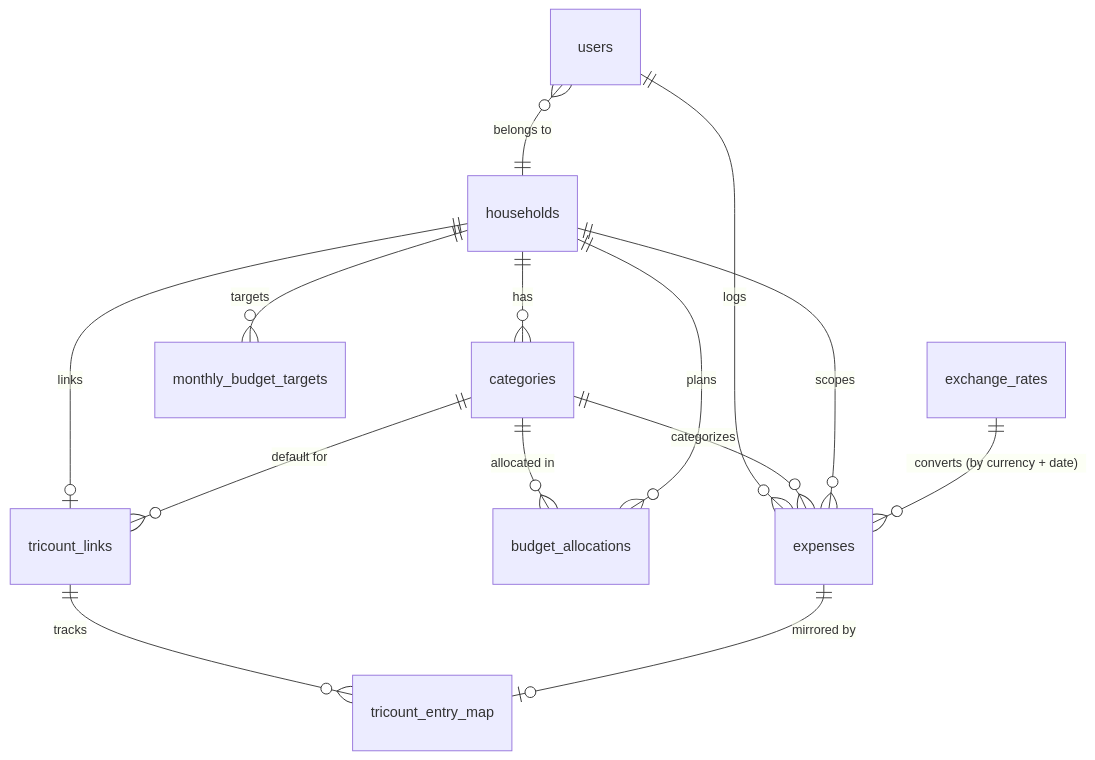
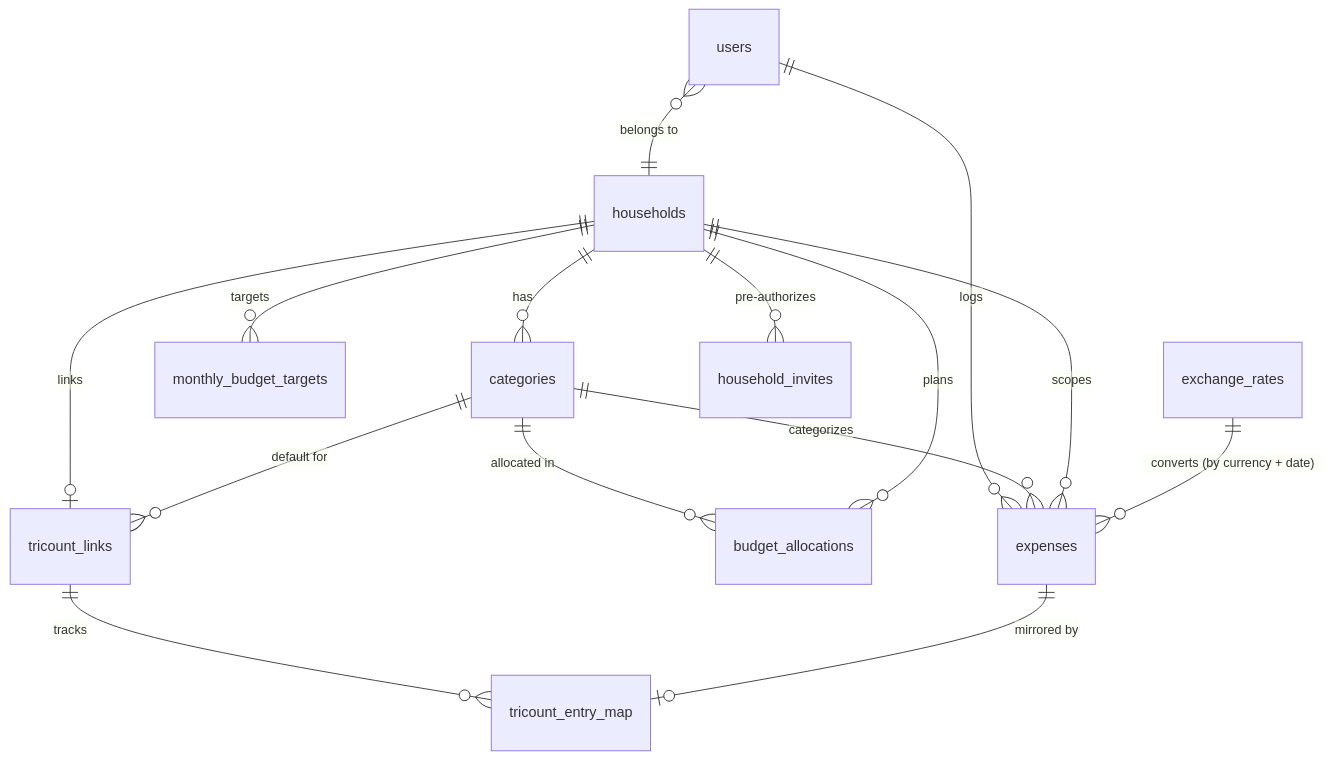
The diagram in DATA_MODEL.md (tucared/quick-budget), drawn with Mermaid before and after one commit. The commit also changed other lines of this file and 12 other files, not shown here.

````diff
--- a/DATA_MODEL.md
+++ b/DATA_MODEL.md
@@ -9,20 +9,22 @@
 ```mermaid
 erDiagram
     users }o--|| households : "belongs to"
     users ||--o{ expenses : "logs"
 
     categories ||--o{ expenses : "categorizes"
     categories ||--o{ budget_allocations : "allocated in"
 
     households ||--o{ categories : "has"
     households ||--o{ expenses : "scopes"
     households ||--o{ budget_allocations : "plans"
     households ||--o{ monthly_budget_targets : "targets"
 
     exchange_rates ||--o{ expenses : "converts (by currency + date)"
 
     households ||--o| tricount_links : "links"
     tricount_links ||--o{ tricount_entry_map : "tracks"
     expenses ||--o| tricount_entry_map : "mirrored by"
     categories ||--o{ tricount_links : "default for"
+
+    households ||--o{ household_invites : "pre-authorizes"
 ```
````
